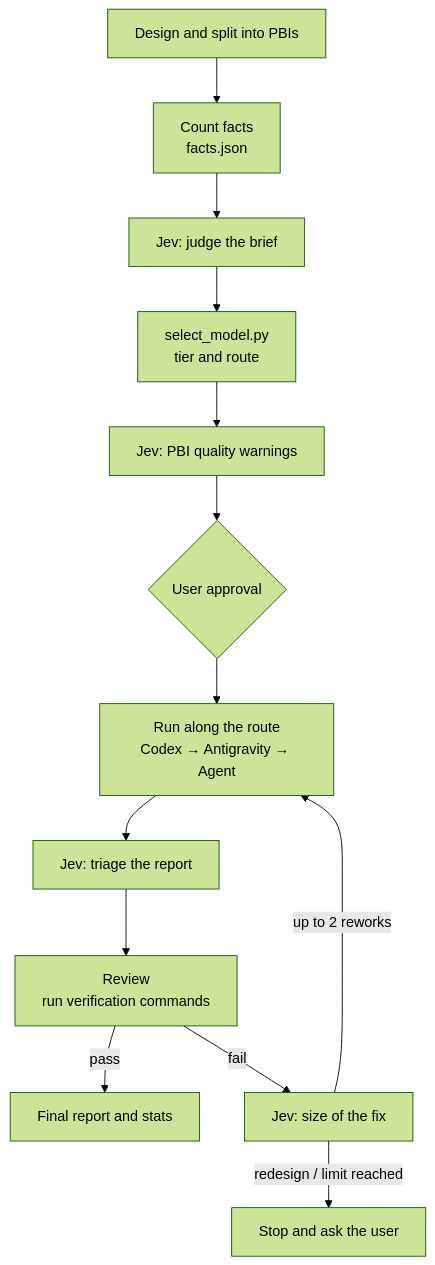
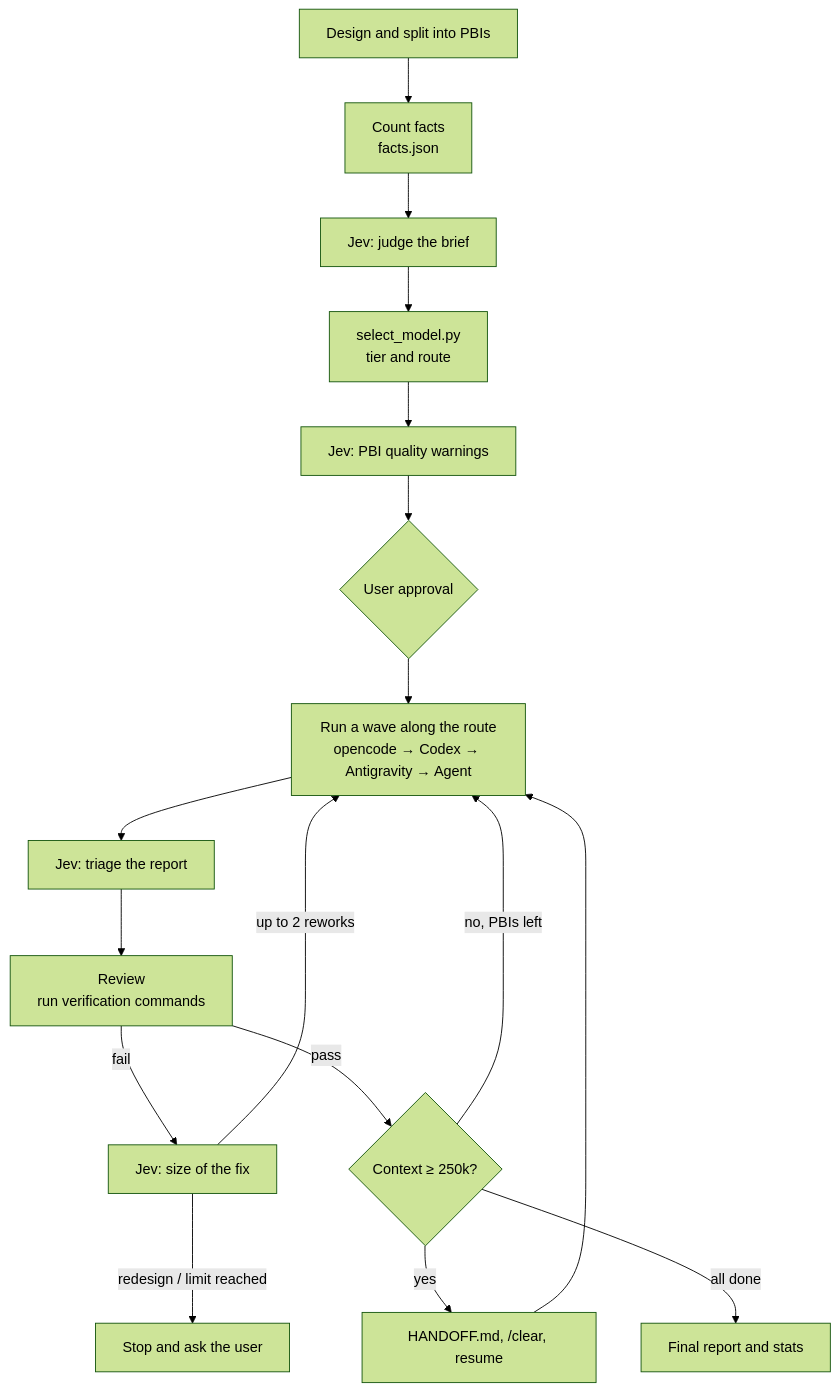
One commit to reeschan/atelier changed the diagram in README.md. Above: the diagram before and after it, drawn with Mermaid (forest theme). The commit also changed other lines of this file and 15 other files, not shown here.

````diff
--- a/README.md
+++ b/README.md
@@ -29,15 +33,19 @@
 ```mermaid
 flowchart TD
   A[Design and split into PBIs] --> B[Count facts<br/>facts.json]
   B --> C[Jev: judge the brief]
   C --> D[select_model.py<br/>tier and route]
   D --> E[Jev: PBI quality warnings]
   E --> F{User approval}
-  F --> G[Run along the route<br/>Codex → Antigravity → Agent]
+  F --> G[Run a wave along the route<br/>opencode → Codex → Antigravity → Agent]
   G --> H[Jev: triage the report]
   H --> I[Review<br/>run verification commands]
-  I -->|pass| J[Final report and stats]
   I -->|fail| K[Jev: size of the fix]
   K -->|up to 2 reworks| G
   K -->|redesign / limit reached| L[Stop and ask the user]
+  I -->|pass| M{Context ≥ 250k?}
+  M -->|no, PBIs left| G
+  M -->|yes| N[HANDOFF.md, /clear, resume]
+  N --> G
+  M -->|all done| J[Final report and stats]
 ```
````
